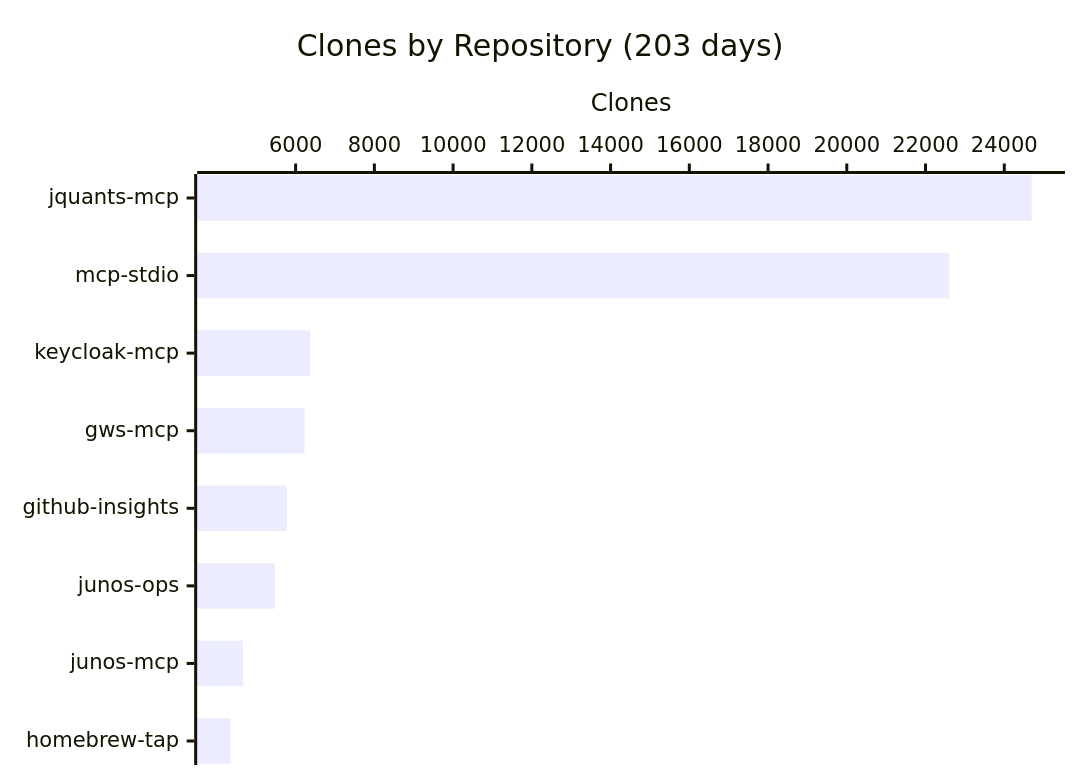
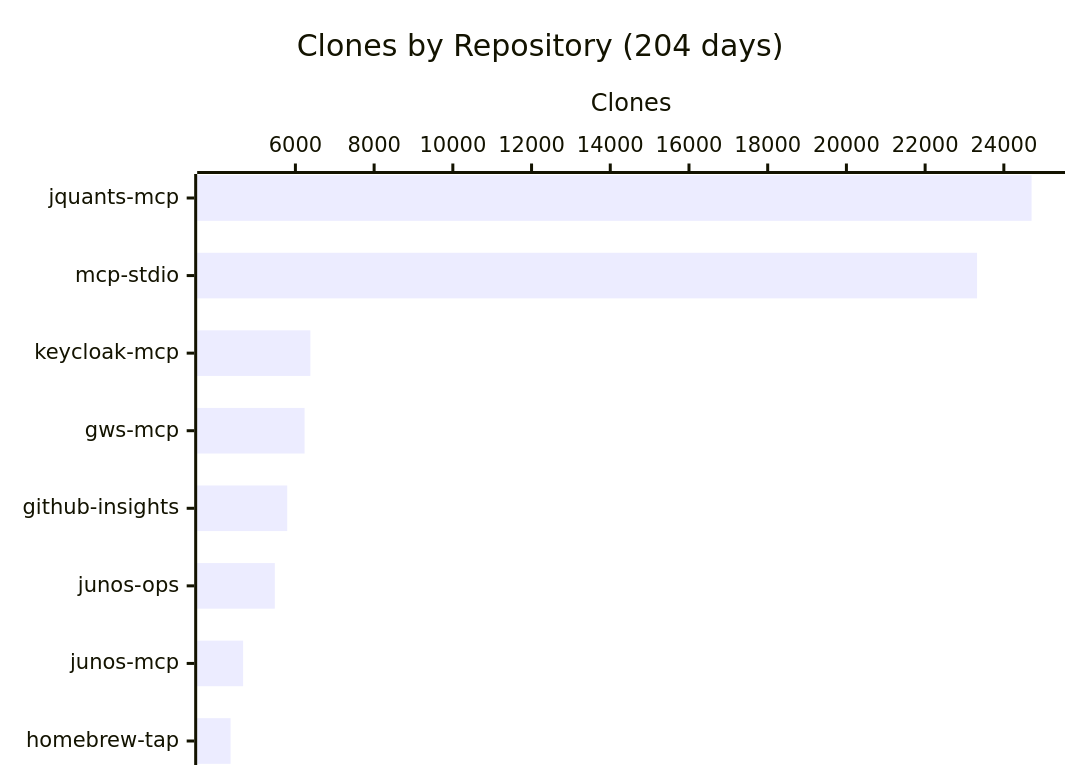
One commit to shigechika/github-insights changed the fourth of 4 diagrams in README.md. Above: the diagram before and after it, drawn with Mermaid. The commit also changed other lines of this file and 2 other files, not shown here.

````diff
--- a/README.md
+++ b/README.md
@@ -58,7 +58,7 @@
 ```mermaid
 xychart-beta horizontal
-    title "Clones by Repository (203 days)"
+    title "Clones by Repository (204 days)"
     x-axis ["jquants-mcp", "mcp-stdio", "keycloak-mcp", "gws-mcp", "github-insights", "junos-ops", "junos-mcp", "homebrew-tap"]
     y-axis "Clones"
-    bar [24694, 22603, 6374, 6227, 5777, 5476, 4665, 4348]
+    bar [24705, 23320, 6380, 6233, 5792, 5477, 4672, 4353]
 ```
````
